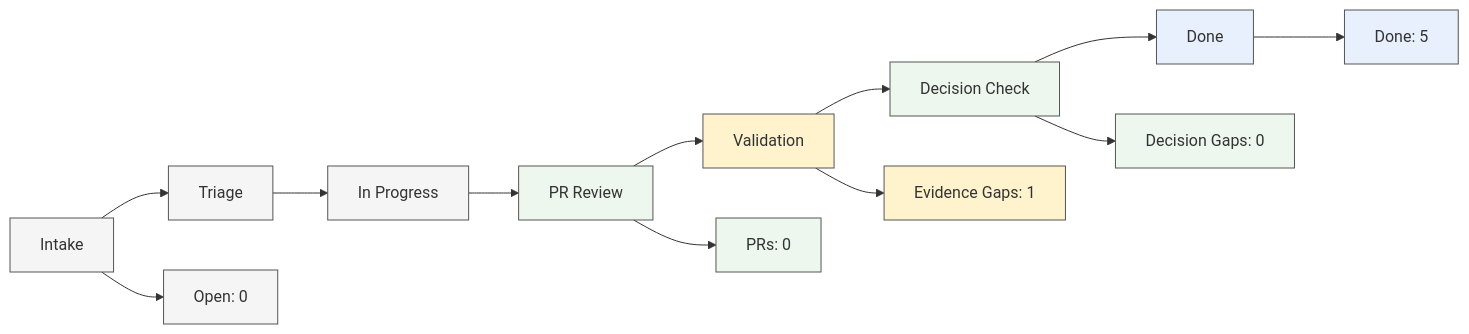
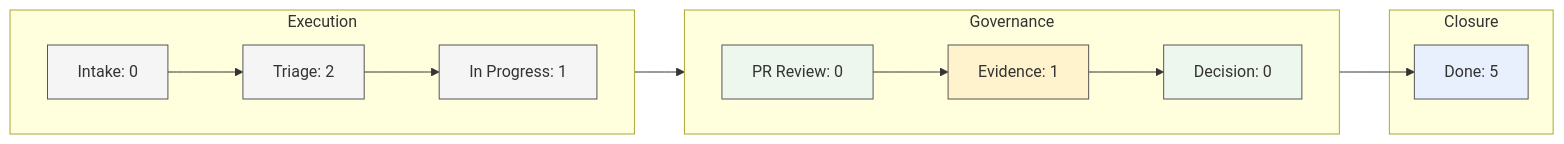
The diagram in dashboard/index.md (ShaileshRawat1403/ai-sdlc-control-plane), drawn with Mermaid before and after one commit. The commit also changed other lines of this file and 4 other files, not shown here.

````diff
--- a/dashboard/index.md
+++ b/dashboard/index.md
@@ -22,34 +38,29 @@
 ```mermaid
 flowchart LR
-  A[Intake] --> B[Triage]
-  B --> C[In Progress]
-  C --> D[PR Review]
-  D --> E[Validation]
-  E --> F[Decision Check]
-  F --> G[Done]
-
-  A --> A1["Open: 0"]
-  D --> D1["PRs: 0"]
-  E --> E1["Evidence Gaps: 1"]
-  F --> F1["Decision Gaps: 0"]
-  G --> G1["Done: 5"]
-
-  A:::active
-  B:::active
-  C:::active
-  D:::clear
-  E:::warning
-  F:::clear
-  G:::done
-
-  A1:::active
-  D1:::clear
-  E1:::warning
-  F1:::clear
-  G1:::done
+  subgraph Execution [Execution]
+    direction LR
+    Intake["Intake: 0"] --> Triage["Triage: 2"] --> InProgress["In Progress: 1"]
+  end
+  subgraph Governance [Governance]
+    direction LR
+    PrReview["PR Review: 0"] --> Evidence["Evidence: 1"] --> Decision["Decision: 0"]
+  end
+  subgraph Closure [Closure]
+    Done["Done: 5"]
+  end
+  InProgress --> PrReview
+  Decision --> Done
 
   classDef active fill:#f5f5f5,stroke:#555,stroke-width:1px;
   classDef clear fill:#eef7ee,stroke:#555,stroke-width:1px;
   classDef warning fill:#fff3cd,stroke:#555,stroke-width:1px;
   classDef done fill:#e8f0fe,stroke:#555,stroke-width:1px;
+
+  Intake:::active
+  Triage:::active
+  InProgress:::active
+  PrReview:::clear
+  Evidence:::warning
+  Decision:::clear
+  Done:::done
 ```
````
